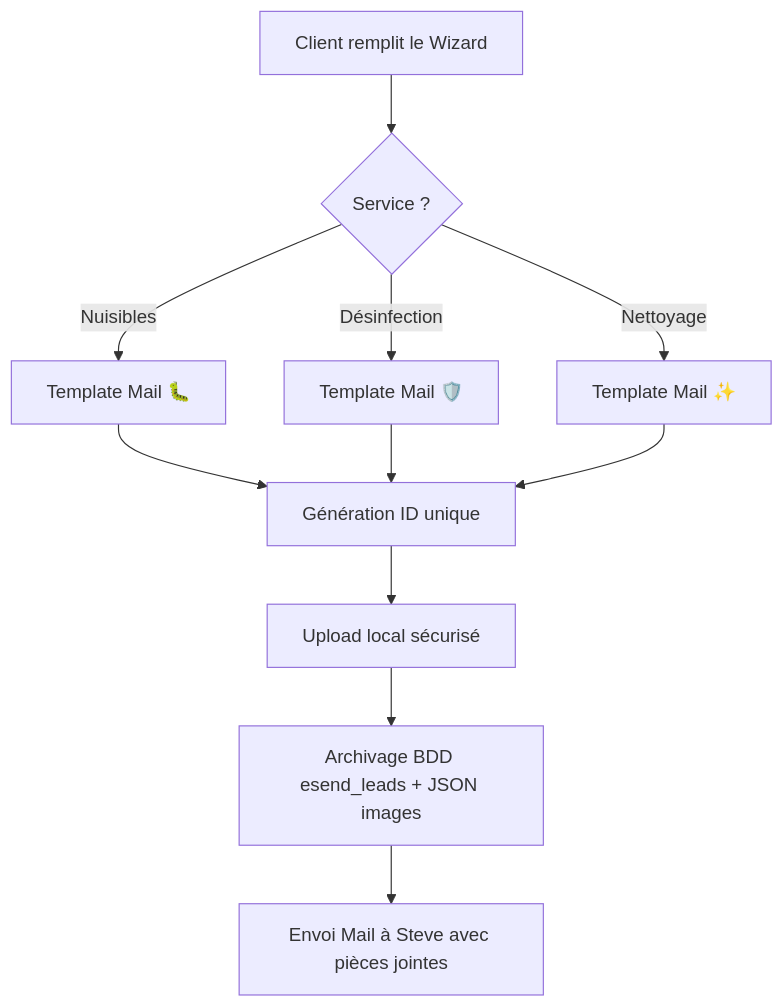
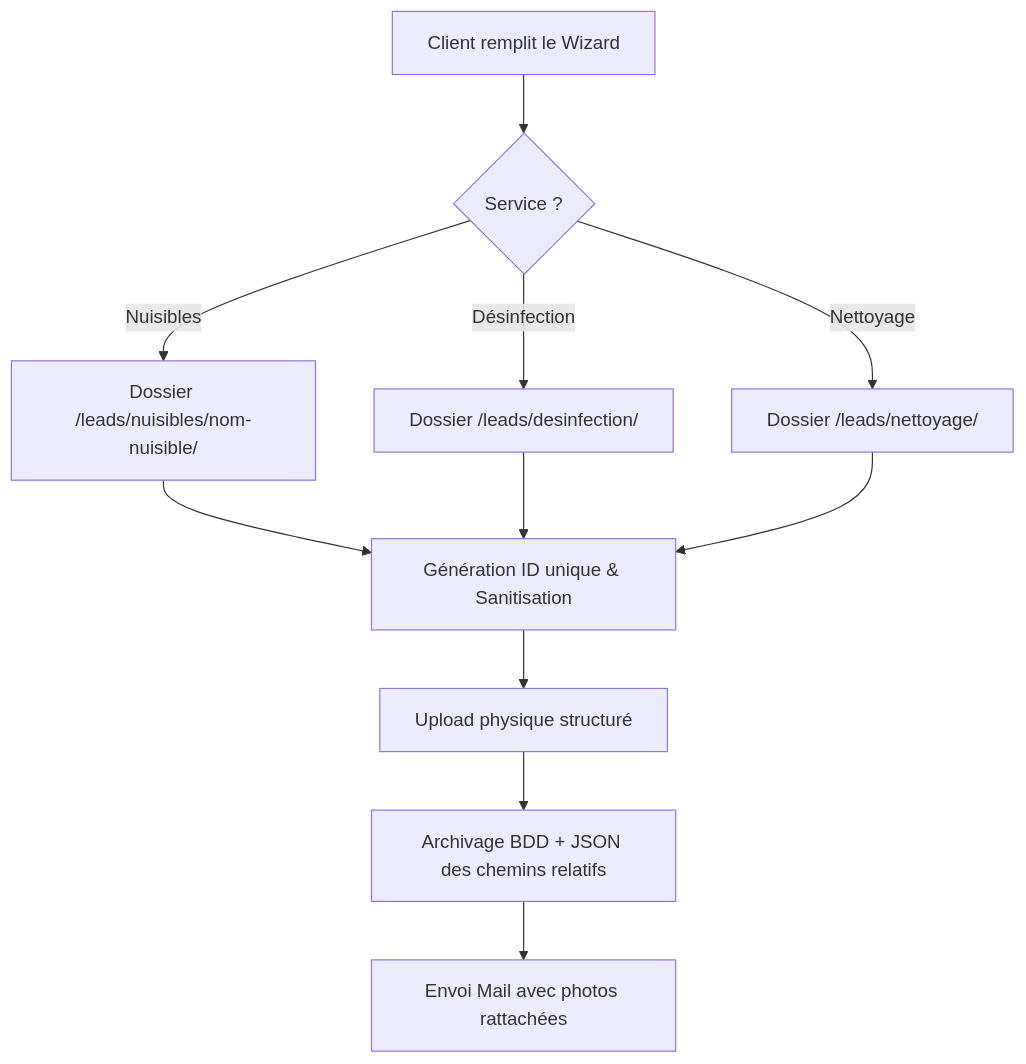
One commit to Jeansteve/ESEND changed the diagram in docs/cahier_des_charges_pest_hub.md. Above: the diagram before and after it, drawn with Mermaid. The commit also changed other lines of this file and 2 other files, not shown here.

Commit message:
feat(crm): smart folder categorization for images (service/nuisible)

````diff
--- a/docs/cahier_des_charges_pest_hub.md
+++ b/docs/cahier_des_charges_pest_hub.md
@@ -80,11 +81,11 @@
 ```mermaid
 graph TD
     A[Client remplit le Wizard] --> B{Service ?}
-    B -- Nuisibles --> C[Template Mail 🐛]
-    B -- Désinfection --> D[Template Mail 🛡️]
-    B -- Nettoyage --> E[Template Mail ✨]
-    C & D & E --> F[Génération ID unique]
-    F --> G[Upload local sécurisé]
-    G --> H[Archivage BDD esend_leads + JSON images]
-    H --> I[Envoi Mail à Steve avec pièces jointes]
+    B -- Nuisibles --> C[Dossier /leads/nuisibles/nom-nuisible/]
+    B -- Désinfection --> D[Dossier /leads/desinfection/]
+    B -- Nettoyage --> E[Dossier /leads/nettoyage/]
+    C & D & E --> F[Génération ID unique & Sanitisation]
+    F --> G[Upload physique structuré]
+    G --> H[Archivage BDD + JSON des chemins relatifs]
+    H --> I[Envoi Mail avec photos rattachées]
 ```
````
